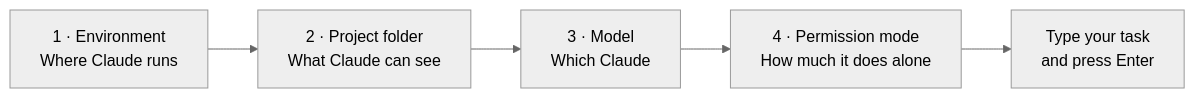
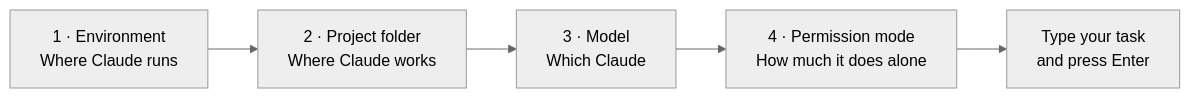
Before and after one commit to GDS-Education-Community-of-Practice/DSECOP: the second of 5 diagrams in Intro_to_Agentic_Workflows_for_Researchers/CLAUDE_CODE_FOR_RESEARCHERS.md, drawn with Mermaid (neutral theme). The commit also changed other lines of this file and 6 other files, not shown here.

````diff
--- a/Intro_to_Agentic_Workflows_for_Researchers/CLAUDE_CODE_FOR_RESEARCHERS.md
+++ b/Intro_to_Agentic_Workflows_for_Researchers/CLAUDE_CODE_FOR_RESEARCHERS.md
@@ -148,7 +152,7 @@
 ```mermaid
 flowchart LR
-    A["1 · Environment<br>Where Claude runs"] --> B["2 · Project folder<br>What Claude can see"]
+    A["1 · Environment<br>Where Claude runs"] --> B["2 · Project folder<br>Where Claude works"]
     B --> C["3 · Model<br>Which Claude"]
     C --> D["4 · Permission mode<br>How much it does alone"]
     D --> E["Type your task<br>and press Enter"]
 ```
````
